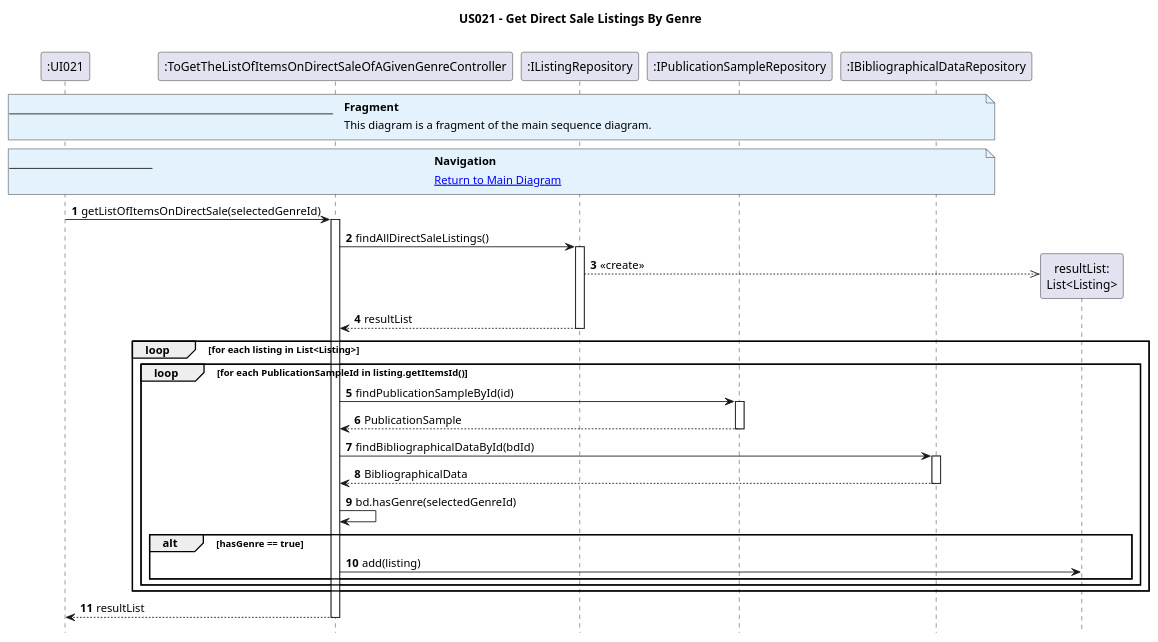
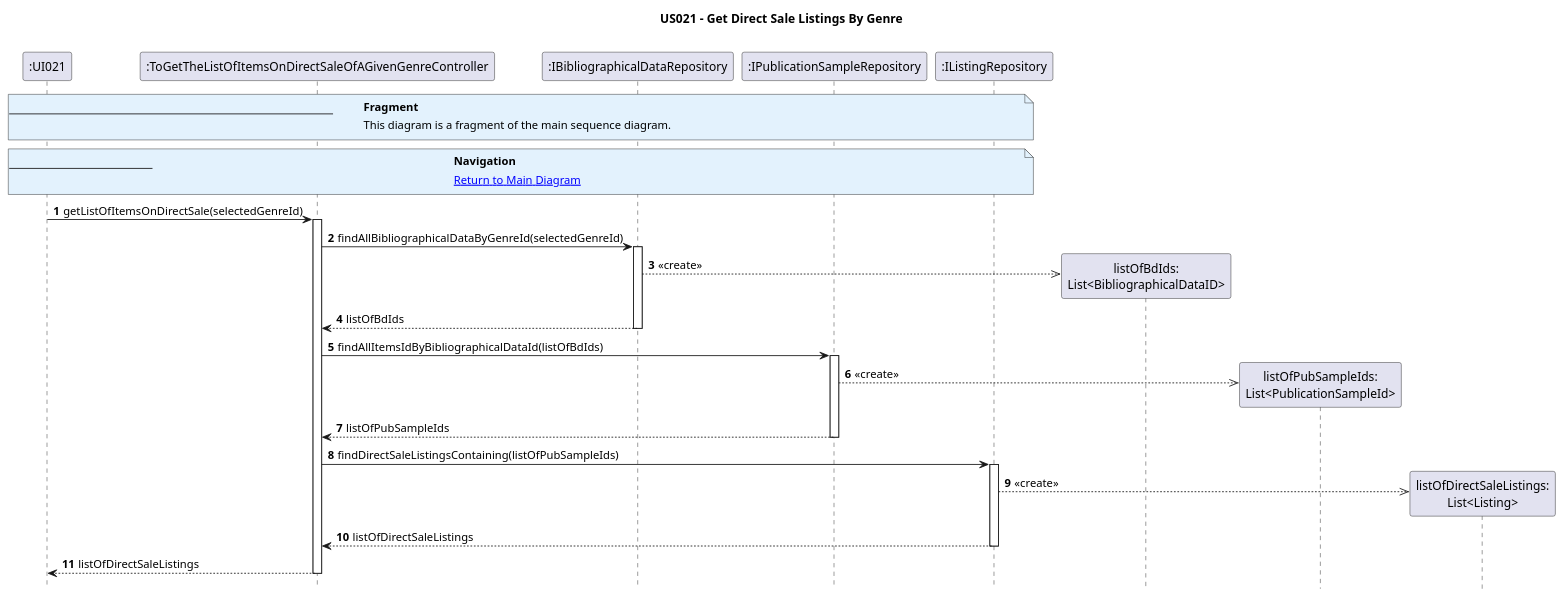
The diagram in Diagrams/SequenceDiagrams/N2/US021-to-get-the-list-of-items-on-direct-sale-of-a-given-genre/3.GetDirectSaleListingsByGenre.puml (AndrePereiraGitH/SWitCH-Project-Team_A), drawn with PlantUML before and after one commit. The commit also changed 6 other files, not shown here.

Commit message:
Working on #544: update all US021 diagrams to reflect new architecture

```diff
--- a/Diagrams/SequenceDiagrams/N2/US021-to-get-the-list-of-items-on-direct-sale-of-a-given-genre/3.GetDirectSaleListingsByGenre.puml
+++ b/Diagrams/SequenceDiagrams/N2/US021-to-get-the-list-of-items-on-direct-sale-of-a-given-genre/3.GetDirectSaleListingsByGenre.puml
@@ -1,57 +1,48 @@
 @startuml
 hide footbox
 autonumber
 title US021 - Get Direct Sale Listings By Genre
 
 participant ":UI021" as UI
 participant ":ToGetTheListOfItemsOnDirectSaleOfAGivenGenreController" as Ctrl
-participant ":IListingRepository" as IlistingRepo
-participant ":IPublicationSampleRepository" as IpubSampleRepo
-participant ":IBibliographicalDataRepository" as IbdRepo
-participant "resultList:\nList<Listing>" as ResultList
+participant ":IBibliographicalDataRepository" as IBDRepo
+participant ":IPublicationSampleRepository" as IPSRepo
+participant ":IListingRepository" as IListingRepo
 
-note over UI, IbdRepo #E3F2FD
+note over UI, IListingRepo #E3F2FD
 <b>Fragment</b>
 ---
 This diagram is a fragment of the main sequence diagram.
 end note
 
-note over UI, IbdRepo #E3F2FD
+note over UI, IListingRepo #E3F2FD
 <b>Navigation</b>
 ---
 [[1.MainDiagram.puml Return to Main Diagram]]
 end note
 
 UI -> Ctrl : getListOfItemsOnDirectSale(selectedGenreId)
 activate Ctrl
 
-Ctrl -> IlistingRepo : findAllDirectSaleListings()
-activate IlistingRepo
-IlistingRepo -->> ResultList ** : «create»
-IlistingRepo --> Ctrl : resultList
-deactivate IlistingRepo
+Ctrl -> IBDRepo : findAllBibliographicalDataByGenreId(selectedGenreId)
+activate IBDRepo
+IBDRepo -->> "listOfBdIds:\nList<BibliographicalDataID>" ** : «create»
+IBDRepo --> Ctrl : listOfBdIds
+deactivate IBDRepo
 
-loop for each listing in List<Listing>
-    loop for each PublicationSampleId in listing.getItemsId()
-        Ctrl -> IpubSampleRepo : findPublicationSampleById(id)
-        activate IpubSampleRepo
-        IpubSampleRepo --> Ctrl : PublicationSample
-        deactivate IpubSampleRepo
+Ctrl -> IPSRepo : findAllItemsIdByBibliographicalDataId(listOfBdIds)
+activate IPSRepo
+IPSRepo -->> "listOfPubSampleIds:\nList<PublicationSampleId>" ** : «create»
+IPSRepo --> Ctrl : listOfPubSampleIds
+deactivate IPSRepo
 
-        Ctrl -> IbdRepo : findBibliographicalDataById(bdId)
-        activate IbdRepo
-        IbdRepo --> Ctrl : BibliographicalData
-        deactivate IbdRepo
+Ctrl -> IListingRepo : findDirectSaleListingsContaining(listOfPubSampleIds)
+activate IListingRepo
+IListingRepo -->> "listOfDirectSaleListings:\nList<Listing>" ** : «create»
+IListingRepo --> Ctrl : listOfDirectSaleListings
+deactivate IListingRepo
 
-        Ctrl -> Ctrl : bd.hasGenre(selectedGenreId)
-
-        alt hasGenre == true
-            Ctrl -> ResultList : add(listing)
-        end
-    end
-end
-
-Ctrl --> UI : resultList
+Ctrl --> UI : listOfDirectSaleListings
 deactivate Ctrl
 
 @enduml
```
